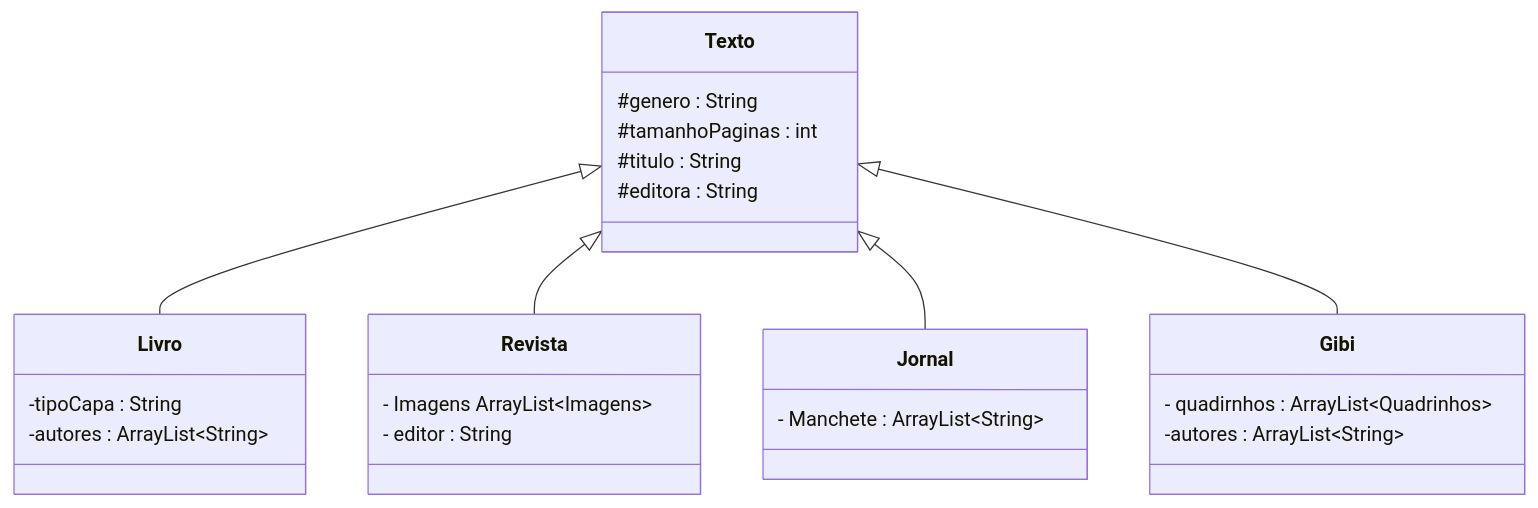
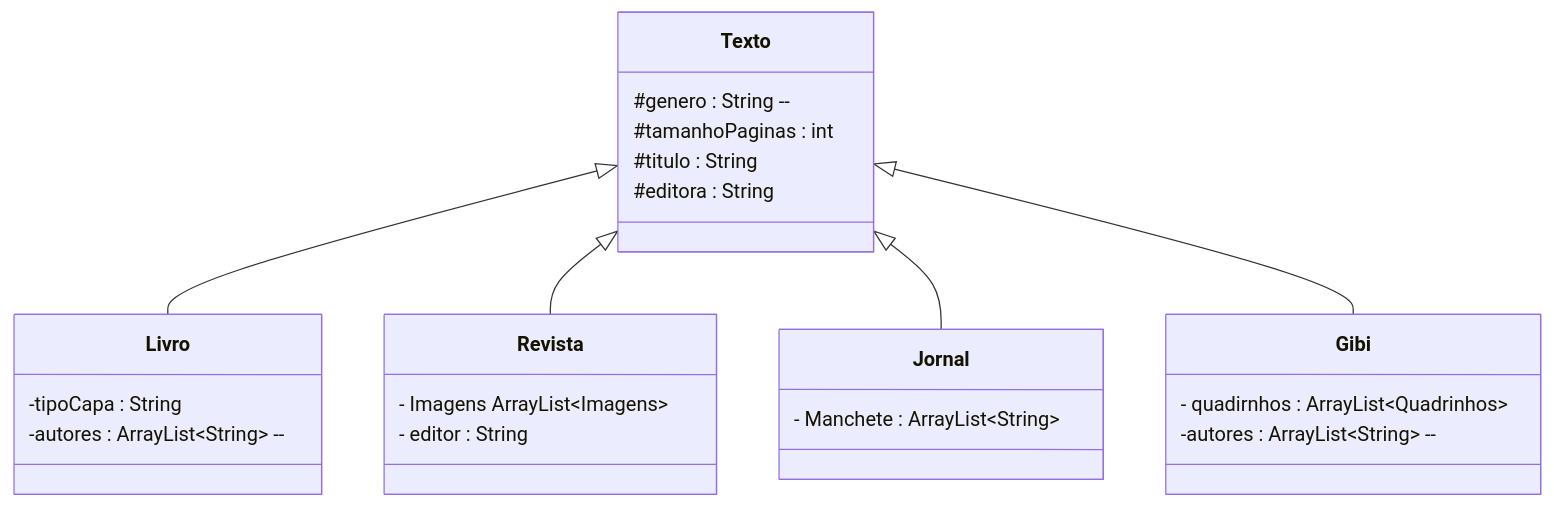
One commit to ThaysMariano/POO_IFSC changed the second of 4 diagrams in Heranca/app/readme.md. Above: the diagram before and after it, drawn with Mermaid. The commit also changed 3 other files, not shown here.

````diff
--- a/Heranca/app/readme.md
+++ b/Heranca/app/readme.md
@@ -44,38 +44,38 @@
 ```mermaid
 classDiagram
 
     Texto <|-- Livro
     Texto <|-- Revista
     Texto <|-- Jornal
     Texto <|-- Gibi
     
     class Texto{
-        #genero : String
+        #genero : String --
         #tamanhoPaginas : int
         #titulo : String
         #editora : String
 
     }
     
     class Livro{
         -tipoCapa : String
-        -autores : ArrayList~String~
+        -autores : ArrayList~String~ --
  
     }
     
     class Revista{
         - Imagens ArrayList~Imagens~
         - editor : String
     }
     class Jornal{
         - Manchete : ArrayList~String~
     }
     class Gibi{
         - quadirnhos : ArrayList~Quadrinhos~
-        -autores : ArrayList~String~
+        -autores : ArrayList~String~ --
 
     }
     
     
     
 ```
````
